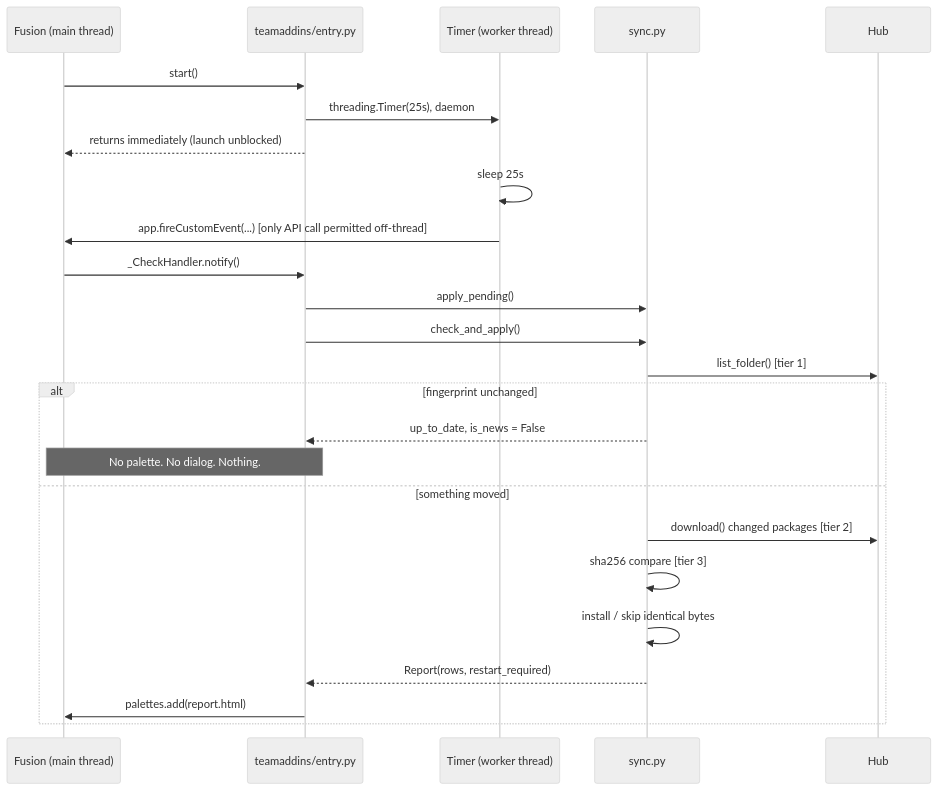
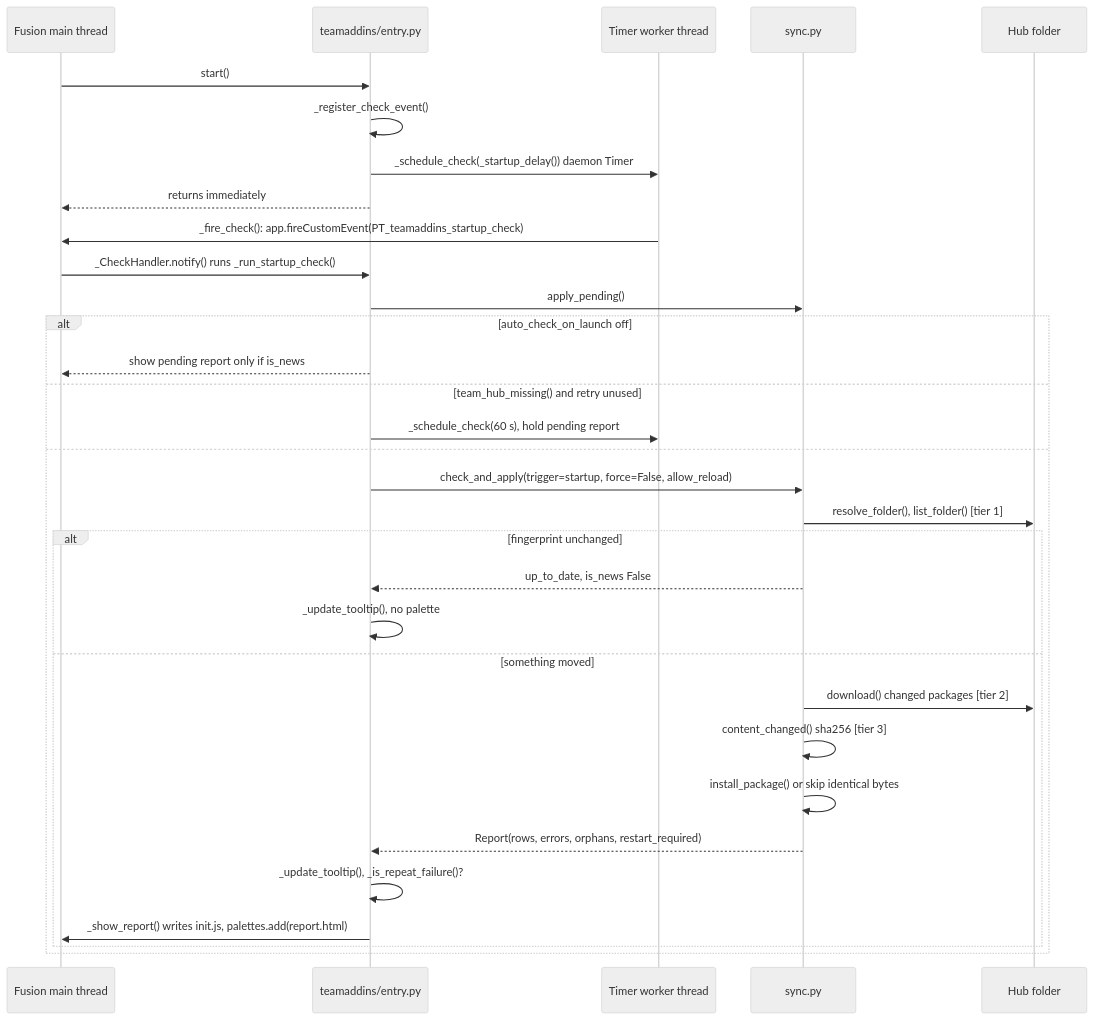
One commit to schneik80/PowerTools changed the diagram in docs/arch/Team Add-ins.md. Above: the diagram before and after it, drawn with Mermaid (neutral theme). The commit also changed other lines of this file and 69 other files, not shown here.

````diff
--- a/docs/arch/Team Add-ins.md
+++ b/docs/arch/Team Add-ins.md
@@ -155,28 +110,35 @@
 ```mermaid
 sequenceDiagram
-    participant F as Fusion (main thread)
+    participant F as Fusion main thread
     participant E as teamaddins/entry.py
-    participant T as Timer (worker thread)
+    participant T as Timer worker thread
     participant S as sync.py
-    participant H as Hub
+    participant H as Hub folder
 
     F->>E: start()
-    E->>T: threading.Timer(25s), daemon
-    E-->>F: returns immediately (launch unblocked)
-    T->>T: sleep 25s
-    T->>F: app.fireCustomEvent(...)  [only API call permitted off-thread]
-    F->>E: _CheckHandler.notify()
+    E->>E: _register_check_event()
+    E->>T: _schedule_check(_startup_delay()) daemon Timer
+    E-->>F: returns immediately
+    T->>F: _fire_check(): app.fireCustomEvent(PT_teamaddins_startup_check)
+    F->>E: _CheckHandler.notify() runs _run_startup_check()
     E->>S: apply_pending()
-    E->>S: check_and_apply()
-    S->>H: list_folder()  [tier 1]
-    alt fingerprint unchanged
-        S-->>E: up_to_date, is_news = False
-        Note over E,F: No palette. No dialog. Nothing.
-    else something moved
-        S->>H: download() changed packages  [tier 2]
-        S->>S: sha256 compare  [tier 3]
-        S->>S: install / skip identical bytes
-        S-->>E: Report(rows, restart_required)
-        E->>F: palettes.add(report.html)
+    alt auto_check_on_launch off
+        E-->>F: show pending report only if is_news
+    else team_hub_missing() and retry unused
+        E->>T: _schedule_check(60 s), hold pending report
+    else
+        E->>S: check_and_apply(trigger=startup, force=False, allow_reload)
+        S->>H: resolve_folder(), list_folder() [tier 1]
+        alt fingerprint unchanged
+            S-->>E: up_to_date, is_news False
+            E->>E: _update_tooltip(), no palette
+        else something moved
+            S->>H: download() changed packages [tier 2]
+            S->>S: content_changed() sha256 [tier 3]
+            S->>S: install_package() or skip identical bytes
+            S-->>E: Report(rows, errors, orphans, restart_required)
+            E->>E: _update_tooltip(), _is_repeat_failure()?
+            E->>F: _show_report() writes init.js, palettes.add(report.html)
+        end
     end
 ```
````
